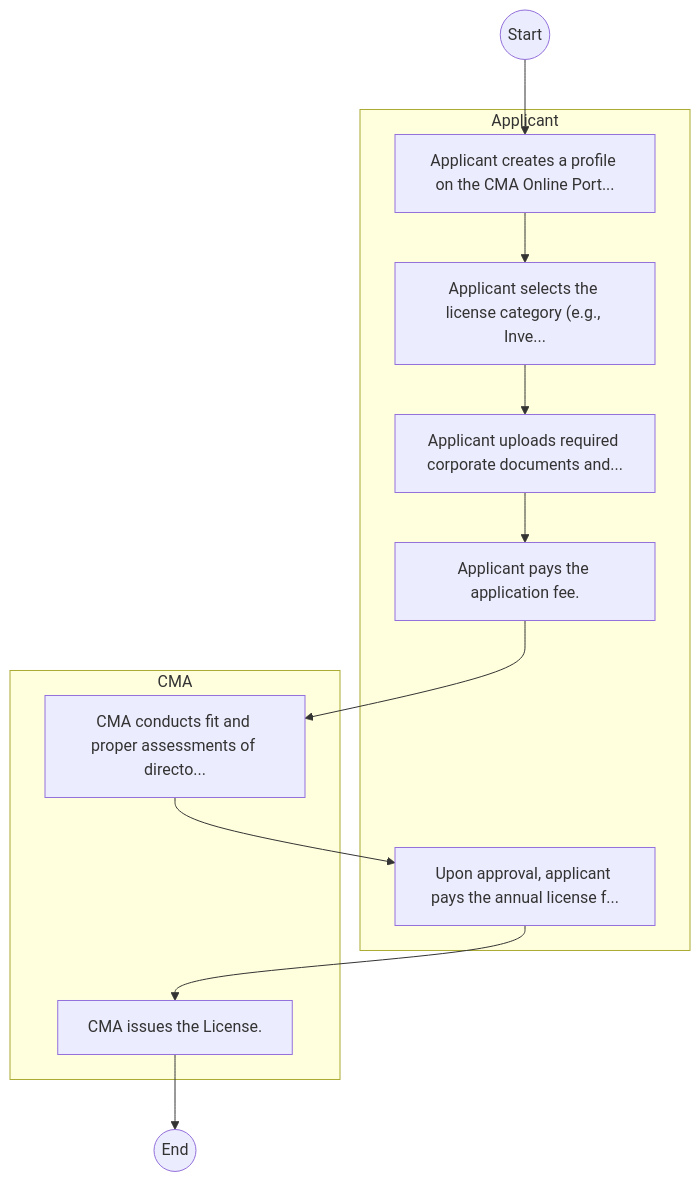
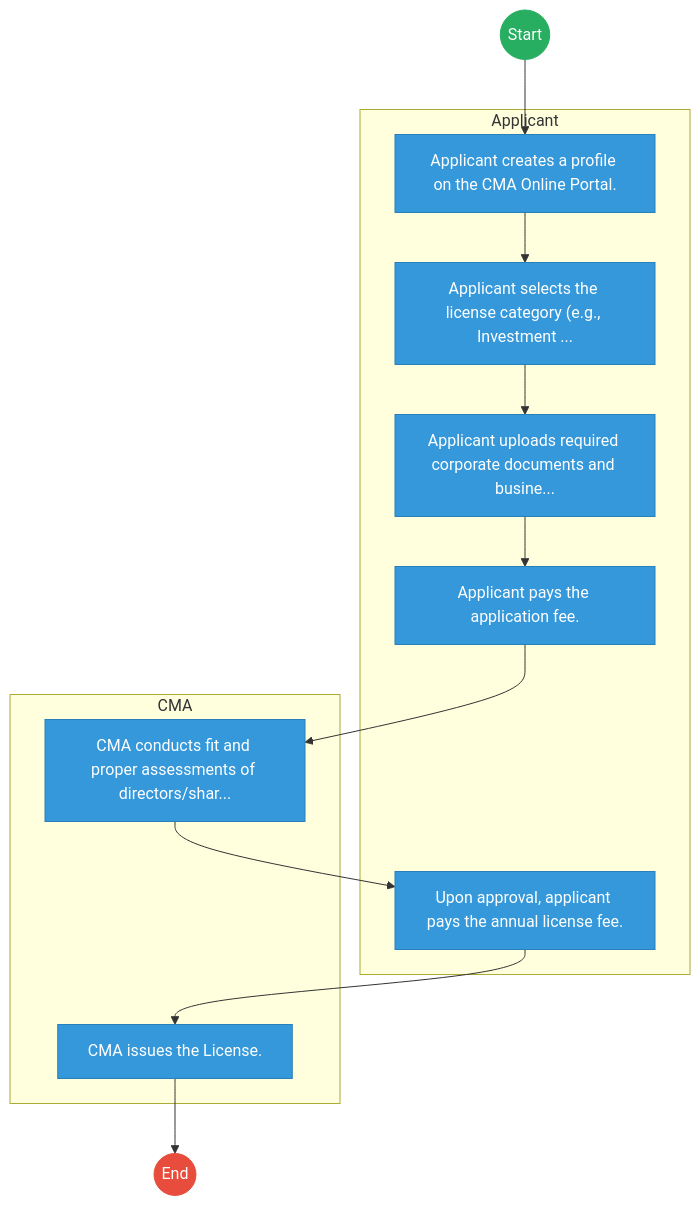
The first of 2 diagrams in mdas/docs_final/Capital_Markets_Authority___Service_Delivery.md (BITZ-IT-Consulting-LTD/ictapoc), drawn with Mermaid before and after one commit. The commit also changed other lines of this file and 461 other files, not shown here.

````diff
--- a/mdas/docs_final/Capital_Markets_Authority___Service_Delivery.md
+++ b/mdas/docs_final/Capital_Markets_Authority___Service_Delivery.md
@@ -20,22 +20,33 @@
 ```mermaid
 graph TD
     Start((Start)) --> S1
+
     subgraph Applicant [Applicant]
-        S1["Applicant creates a profile on the CMA Online Port..."]
-        S2["Applicant selects the license category (e.g., Inve..."]
-        S3["Applicant uploads required corporate documents and..."]
+        S1["Applicant creates a profile on the CMA Online Portal."]
+        S2["Applicant selects the license category (e.g., Investment ..."]
+        S3["Applicant uploads required corporate documents and busine..."]
         S4["Applicant pays the application fee."]
-        S6["Upon approval, applicant pays the annual license f..."]
+        S6["Upon approval, applicant pays the annual license fee."]
     end
+
     subgraph CMA [CMA]
-        S5["CMA conducts fit and proper assessments of directo..."]
+        S5["CMA conducts fit and proper assessments of directors/shar..."]
         S7["CMA issues the License."]
     end
     S1 --> S2
     S2 --> S3
     S3 --> S4
     S4 --> S5
     S5 --> S6
     S6 --> S7
     S7 --> End((End))
+
+    classDef start fill:#27ae60,stroke:#27ae60,color:#fff;
+    classDef endNode fill:#e74c3c,stroke:#e74c3c,color:#fff;
+    classDef userTask fill:#3498db,stroke:#2980b9,color:#fff;
+    classDef serviceTask fill:#9b59b6,stroke:#8e44ad,color:#fff;
+
+    class Start start;
+    class End endNode;
+    class S1,S2,S3,S4,S5,S6,S7 userTask;
 ```
````
